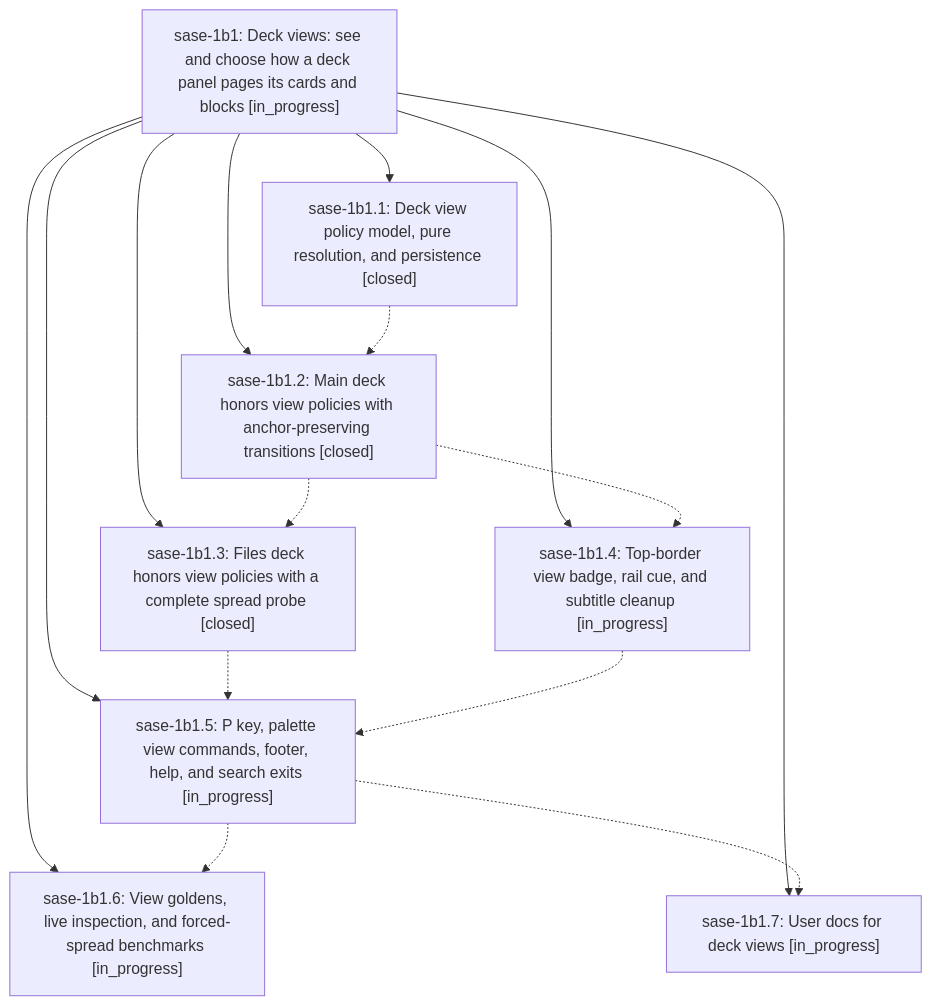
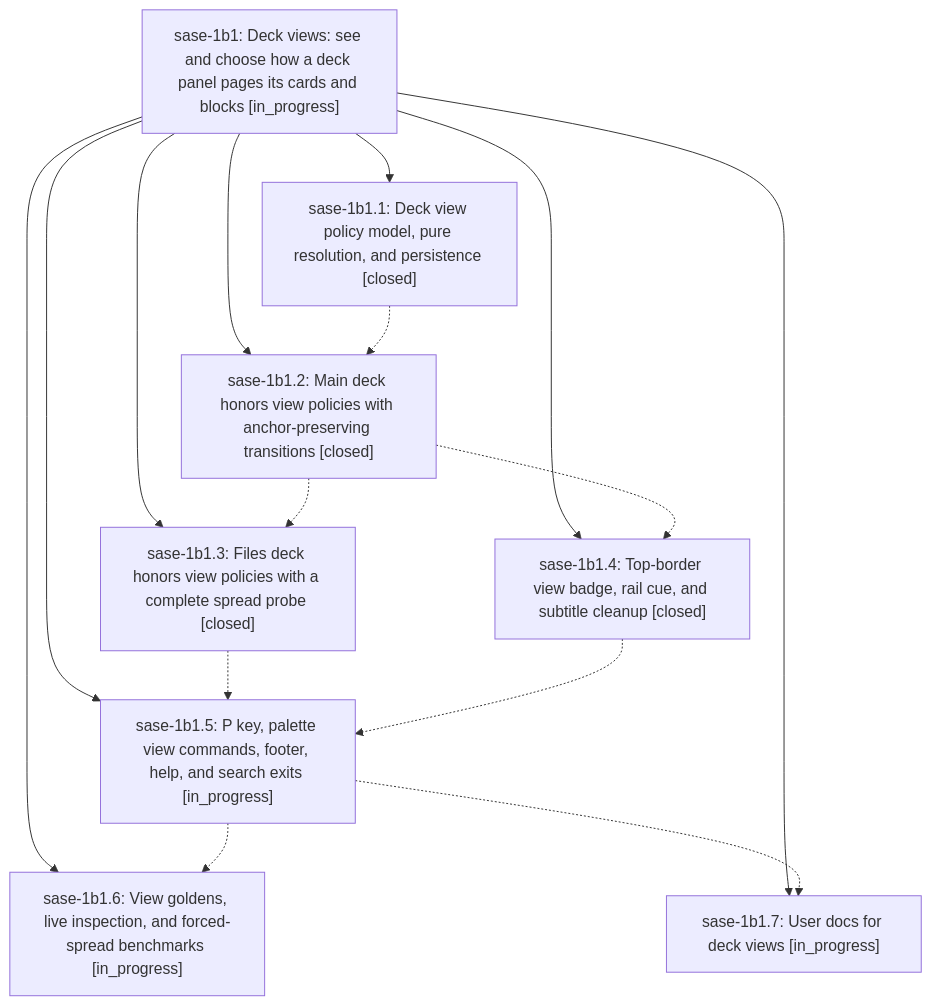
One commit to sase-org/sase--beads changed the diagram in pages/sase-1b1/README.md. Above: the diagram before and after it, drawn with Mermaid. The commit also changed other lines of this file and 4 other files, not shown here.

````diff
--- a/pages/sase-1b1/README.md
+++ b/pages/sase-1b1/README.md
@@ -67,25 +67,25 @@
 ```mermaid
 flowchart TD
     n0["sase-1b1: Deck views: see and choose how a deck panel pages its cards and blocks [in_progress]"]
     n1["sase-1b1.1: Deck view policy model, pure resolution, and persistence [closed]"]
     n2["sase-1b1.2: Main deck honors view policies with anchor-preserving transitions [closed]"]
     n3["sase-1b1.3: Files deck honors view policies with a complete spread probe [closed]"]
-    n4["sase-1b1.4: Top-border view badge, rail cue, and subtitle cleanup [in_progress]"]
+    n4["sase-1b1.4: Top-border view badge, rail cue, and subtitle cleanup [closed]"]
     n5["sase-1b1.5: P key, palette view commands, footer, help, and search exits [in_progress]"]
     n6["sase-1b1.6: View goldens, live inspection, and forced-spread benchmarks [in_progress]"]
     n7["sase-1b1.7: User docs for deck views [in_progress]"]
     n0 --> n1
     n0 --> n2
     n0 --> n3
     n0 --> n4
     n0 --> n5
     n0 --> n6
     n0 --> n7
     n1 -.-> n2
     n2 -.-> n3
     n2 -.-> n4
     n3 -.-> n5
     n4 -.-> n5
     n5 -.-> n6
     n5 -.-> n7
 ```
````
